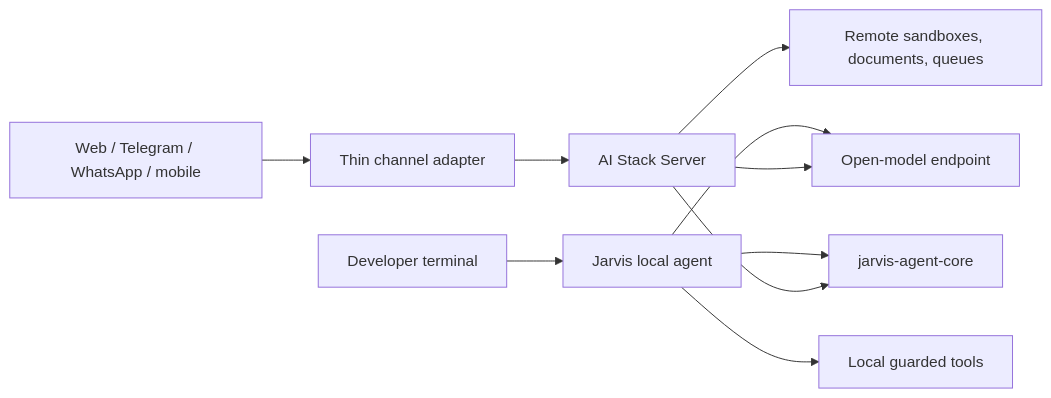
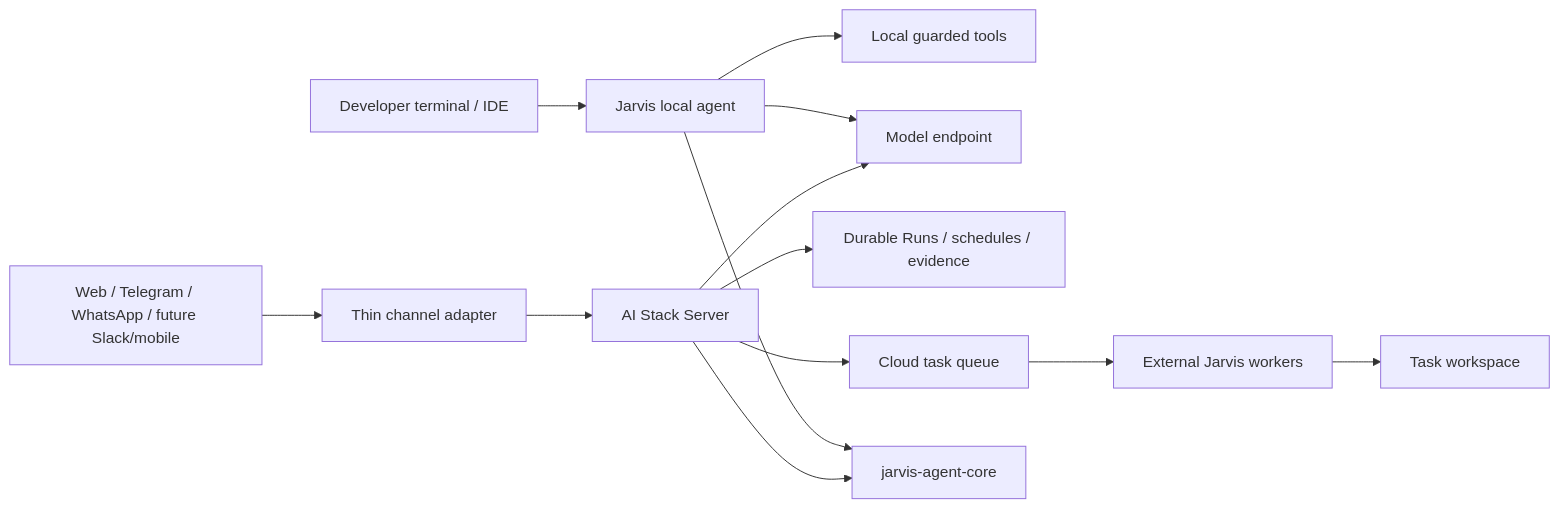
Before and after one commit to abdullahalrifat/ai-stack: the first of 2 diagrams in docs/product-architecture.md, drawn with Mermaid. The commit also changed other lines of this file, not shown here.

Commit message:
Clarify product and isolation architecture

````diff
--- a/docs/product-architecture.md
+++ b/docs/product-architecture.md
@@ -5,12 +5,15 @@
 ```mermaid
 flowchart LR
-  D[Developer terminal] --> J[Jarvis local agent]
+  D[Developer terminal / IDE] --> J[Jarvis local agent]
   J --> LT[Local guarded tools]
-  J --> M[Open-model endpoint]
-  C[Web / Telegram / WhatsApp / mobile] --> A[Thin channel adapter]
+  J --> M[Model endpoint]
+  C[Web / Telegram / WhatsApp / future Slack/mobile] --> A[Thin channel adapter]
   A --> S[AI Stack Server]
-  S --> RT[Remote sandboxes, documents, queues]
+  S --> R[Durable Runs / schedules / evidence]
+  S --> Q[Cloud task queue]
+  Q --> W[External Jarvis workers]
+  W --> X[Task workspace]
   S --> M
   J --> K[jarvis-agent-core]
   S --> K
 ```
````
